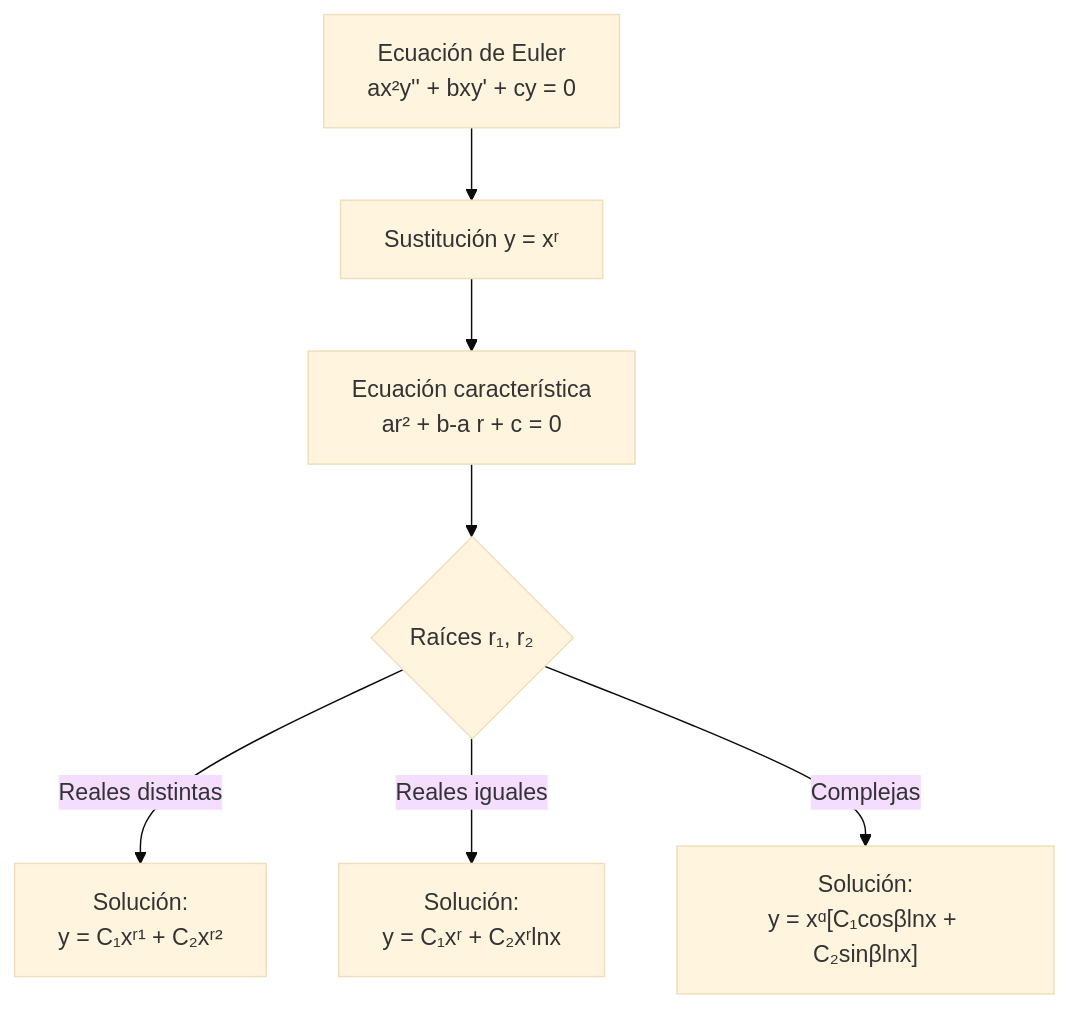
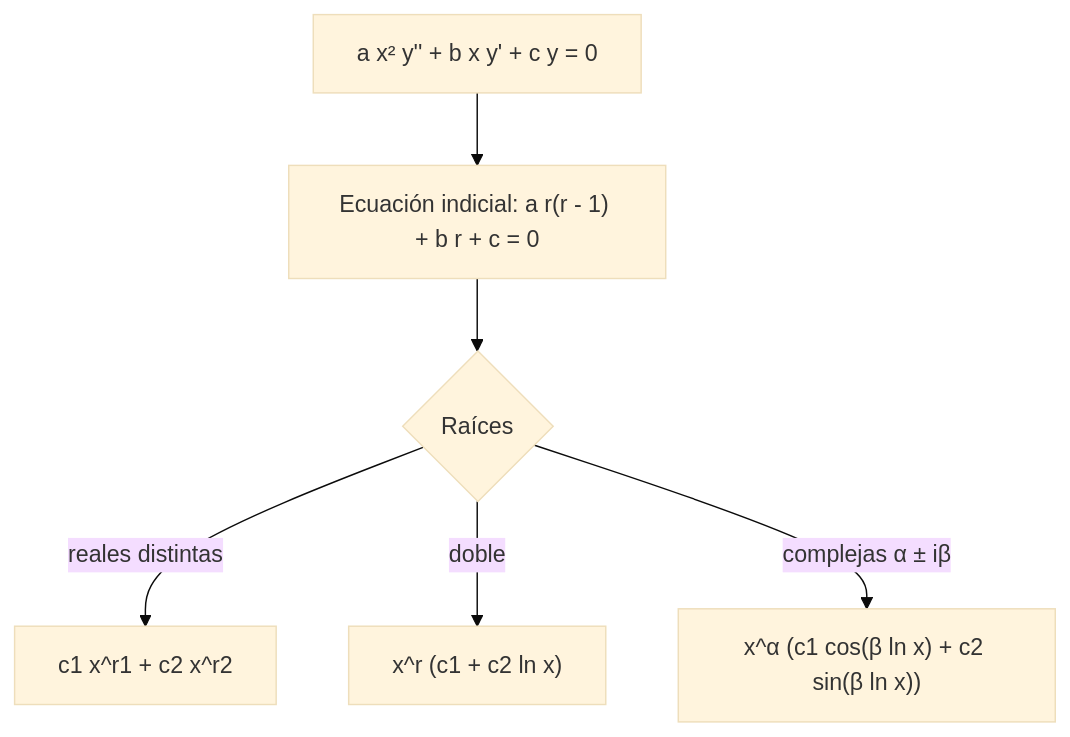
One commit to djaimej/computer-science-template changed the diagram in public/documents/semester-4/3/4342.md. Above: the diagram before and after it, drawn with Mermaid (base theme). The commit also changed other lines of this file and 3 other files, not shown here.

````diff
--- a/public/documents/semester-4/3/4342.md
+++ b/public/documents/semester-4/3/4342.md
@@ -63,9 +39,8 @@
 ```mermaid
 flowchart TD
-    A[Ecuación de Euler<br>ax²y'' + bxy' + cy = 0] --> B[Sustitución y = xʳ]
-    B --> C[Ecuación característica<br>ar² + b-a r + c = 0]
-    C --> D{Raíces r₁, r₂}
-    D -->|Reales distintas| E[Solución:<br>y = C₁xʳ¹ + C₂xʳ²]
-    D -->|Reales iguales| F[Solución:<br>y = C₁xʳ + C₂xʳlnx]
-    D -->|Complejas| G["Solución:<br>y = xᵅ[C₁cosβlnx + C₂sinβlnx]"]
+    A["a x² y'' + b x y' + c y = 0"] --> B["Ecuación indicial: a r(r - 1) + b r + c = 0"]
+    B --> C{"Raíces"}
+    C -->|"reales distintas"| D["c1 x^r1 + c2 x^r2"]
+    C -->|"doble"| E["x^r (c1 + c2 ln x)"]
+    C -->|"complejas α ± iβ"| F["x^α (c1 cos(β ln x) + c2 sin(β ln x))"]
 ```
````
